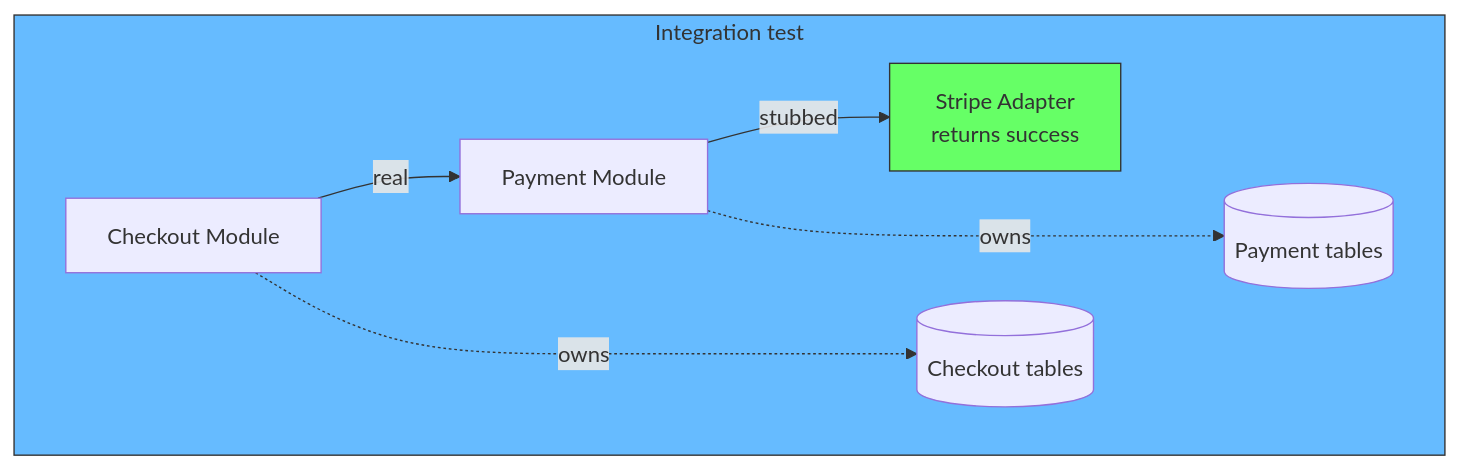
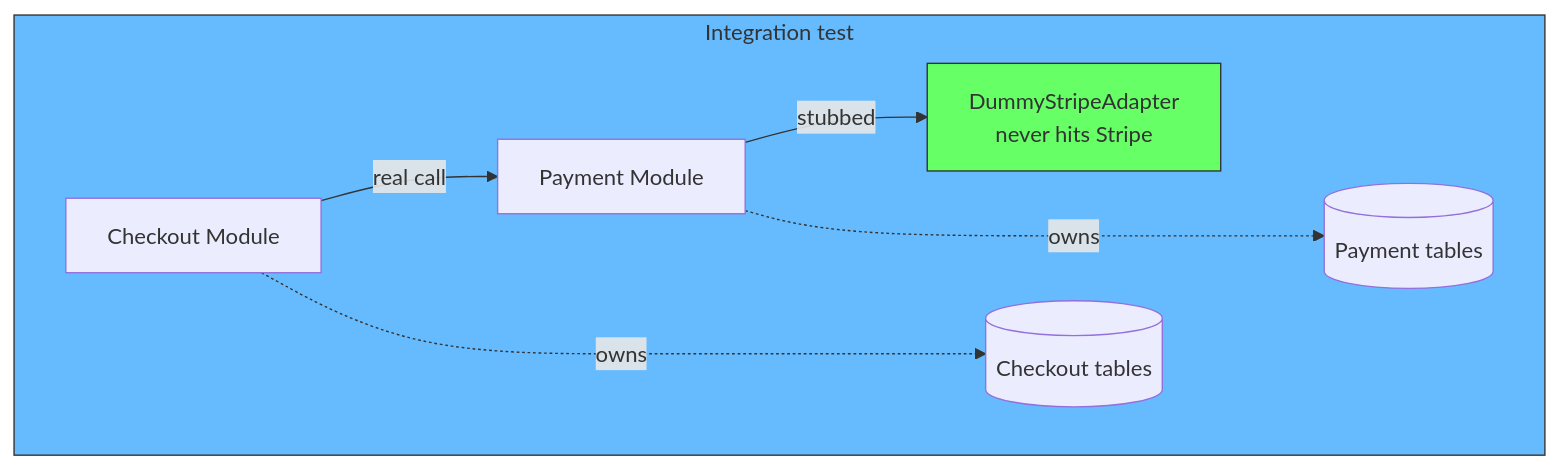
One commit to labeebahmad201/knowledge-base changed the sixth of 14 diagrams in docs/software-engineering/testing-modular-monolith.md. Above: the diagram before and after it, drawn with Mermaid. The commit also changed other lines of this file, not shown here.

Commit message:
docs: clarify interface-swapping foundation and module vs integration test distinction

````diff
--- a/docs/software-engineering/testing-modular-monolith.md
+++ b/docs/software-engineering/testing-modular-monolith.md
@@ -121,11 +182,11 @@
 ```mermaid
 graph TD
     subgraph IntegrationTest["Integration test"]
-        CO["Checkout Module"] -->|"real"| PS["Payment Module"]
-        PS -->|"stubbed"| SA["Stripe Adapter<br/>returns success"]
+        CO["Checkout Module"] -->|"real call"| PS["Payment Module"]
+        PS -->|"stubbed"| SA["DummyStripeAdapter<br/>never hits Stripe"]
         CO -..->|"owns"| CDB[("Checkout tables")]
         PS -..->|"owns"| PDB[("Payment tables")]
     end
     style IntegrationTest fill:#6bf,stroke:#333
     style SA fill:#6f6,stroke:#333
 ```
````
